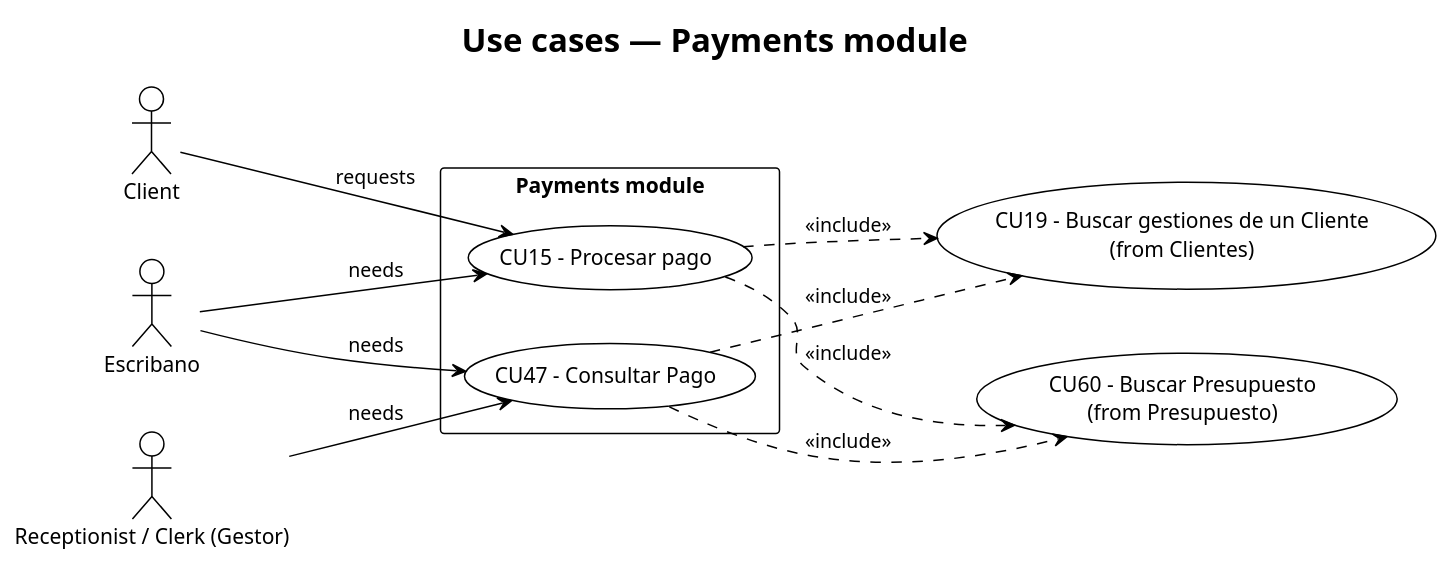
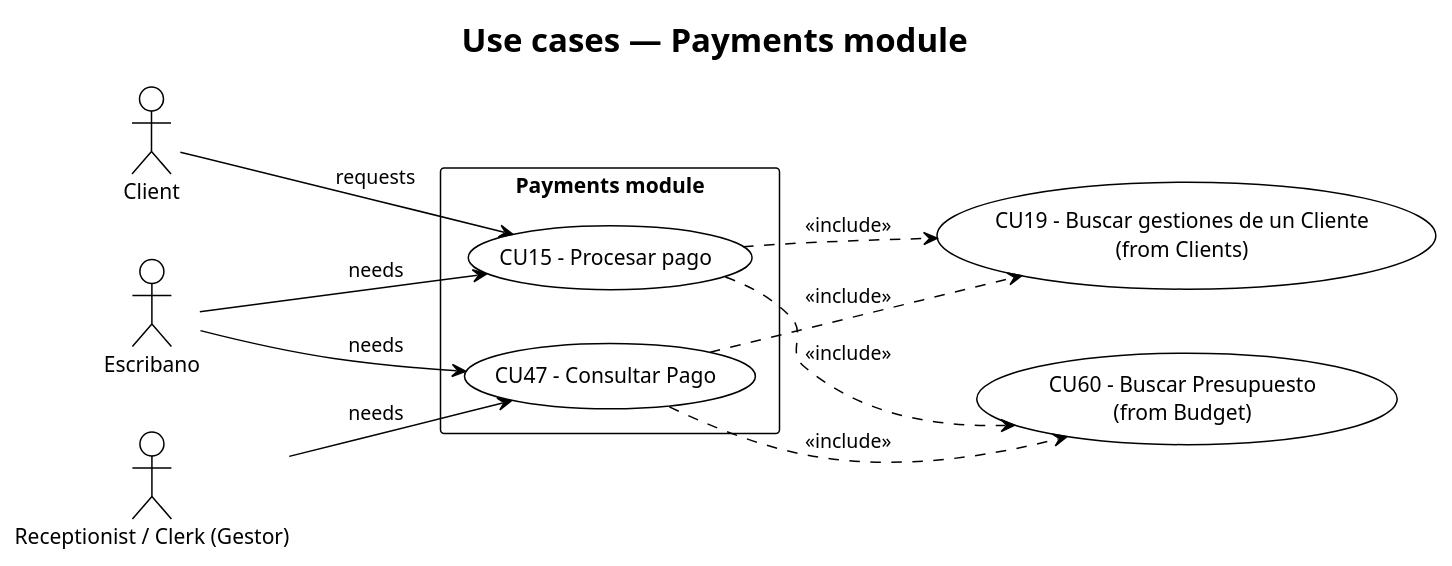
Before and after one commit to matiaspakua/notaire: the diagram in docs/200-architecture/204-diagrams/Casos de Uso/pagos.puml, drawn with PlantUML. The commit also changed 89 other files, not shown here.

```diff
--- a/docs/200-architecture/204-diagrams/Casos de Uso/pagos.puml
+++ b/docs/200-architecture/204-diagrams/Casos de Uso/pagos.puml
@@ -1,28 +1,28 @@
 @startuml pagos
 !theme plain
 left to right direction
 title Use cases — Payments module
 
 actor Escribano
 actor "Receptionist / Clerk (Gestor)" as ReceptionistClerk
 actor Client
 
 rectangle "Payments module" {
   usecase "CU15 - Procesar pago" as CU15
   usecase "CU47 - Consultar Pago" as CU47
 }
 
-usecase "CU19 - Buscar gestiones de un Cliente\n(from Clientes)" as CU19
-usecase "CU60 - Buscar Presupuesto\n(from Presupuesto)" as CU60
+usecase "CU19 - Buscar gestiones de un Cliente\n(from Clients)" as CU19
+usecase "CU60 - Buscar Presupuesto\n(from Budget)" as CU60
 
 Escribano --> CU15 : needs
 Escribano --> CU47 : needs
 ReceptionistClerk --> CU47 : needs
 Client --> CU15 : requests
 
 CU15 ..> CU19 : <<include>>
 CU15 ..> CU60 : <<include>>
 CU47 ..> CU19 : <<include>>
 CU47 ..> CU60 : <<include>>
 
 @enduml
```
